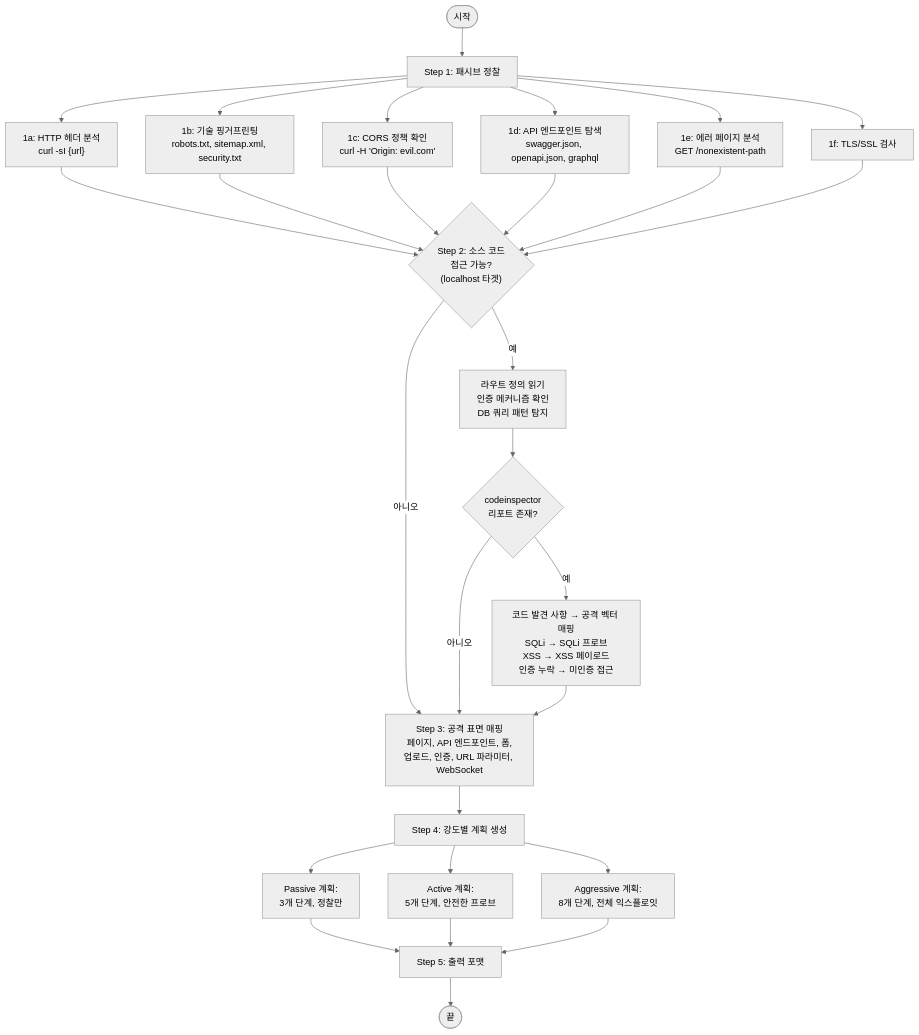
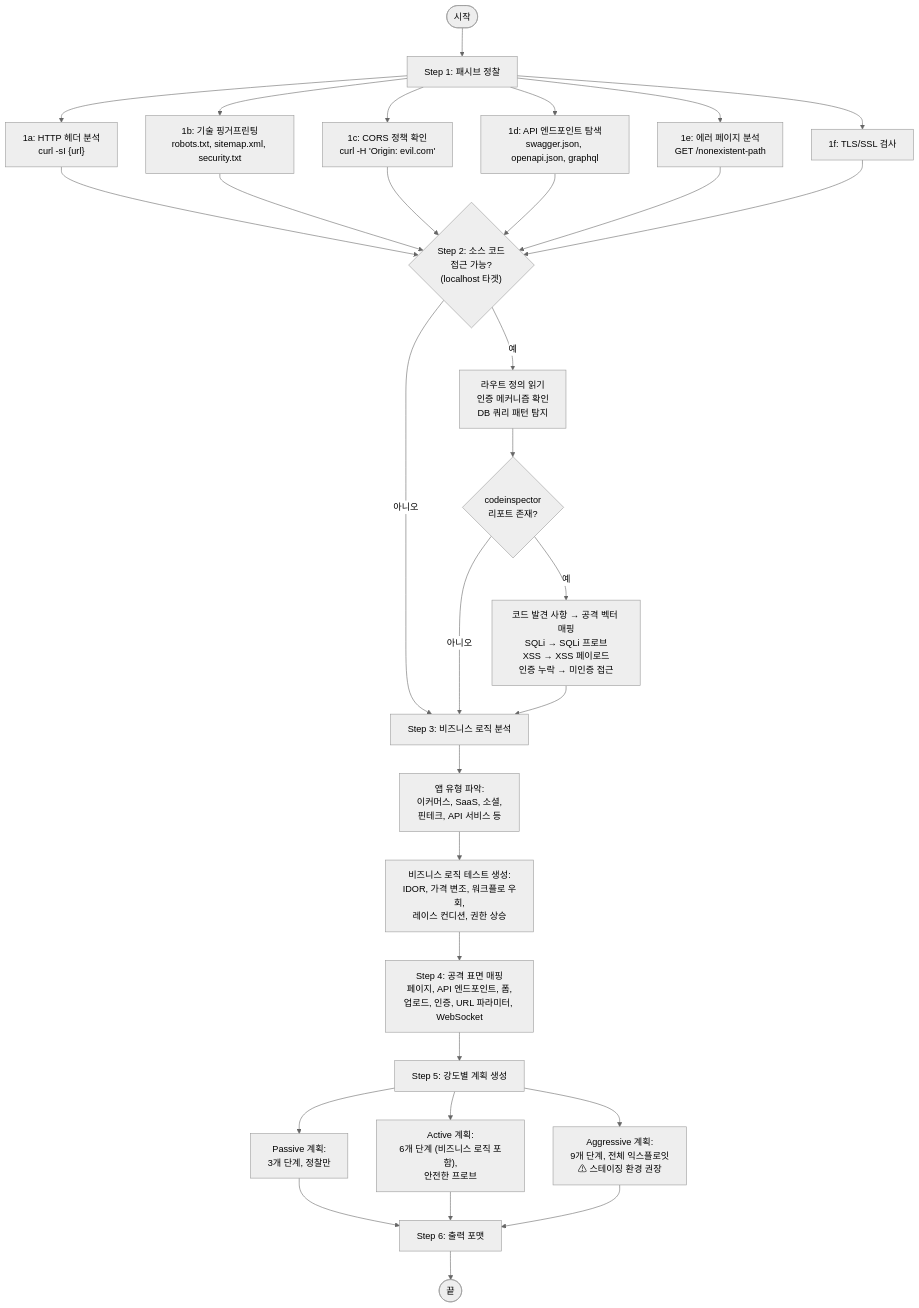
Before and after one commit to letsur-dev/vulcheck: the sixth of 8 diagrams in design/hacksimulator.md, drawn with Mermaid (neutral theme). The commit also changed other lines of this file and 14 other files, not shown here.

````diff
--- a/design/hacksimulator.md
+++ b/design/hacksimulator.md
@@ -194,38 +211,42 @@
 ```mermaid
 flowchart TD
     Start([시작]) --> Recon["Step 1: 패시브 정찰"]
 
     Recon --> Headers["1a: HTTP 헤더 분석<br>curl -sI {url}"]
     Recon --> Fingerprint["1b: 기술 핑거프린팅<br>robots.txt, sitemap.xml, security.txt"]
     Recon --> CORS["1c: CORS 정책 확인<br>curl -H 'Origin: evil.com'"]
     Recon --> API["1d: API 엔드포인트 탐색<br>swagger.json, openapi.json, graphql"]
     Recon --> Errors["1e: 에러 페이지 분석<br>GET /nonexistent-path"]
     Recon --> TLS["1f: TLS/SSL 검사"]
 
     Headers --> SourceRecon
     Fingerprint --> SourceRecon
     CORS --> SourceRecon
     API --> SourceRecon
     Errors --> SourceRecon
     TLS --> SourceRecon
 
     SourceRecon{"Step 2: 소스 코드<br>접근 가능?<br>(localhost 타겟)"}
     SourceRecon -->|예| ReadRoutes["라우트 정의 읽기<br>인증 메커니즘 확인<br>DB 쿼리 패턴 탐지"]
-    SourceRecon -->|아니오| MapSurface
+    SourceRecon -->|아니오| BizLogic
 
     ReadRoutes --> CIReport{"codeinspector<br>리포트 존재?"}
     CIReport -->|예| MapFindings["코드 발견 사항 → 공격 벡터 매핑<br>SQLi → SQLi 프로브<br>XSS → XSS 페이로드<br>인증 누락 → 미인증 접근"]
-    CIReport -->|아니오| MapSurface
+    CIReport -->|아니오| BizLogic
 
-    MapFindings --> MapSurface["Step 3: 공격 표면 매핑<br>페이지, API 엔드포인트, 폼,<br>업로드, 인증, URL 파라미터, WebSocket"]
+    MapFindings --> BizLogic["Step 3: 비즈니스 로직 분석"]
+    BizLogic --> DetectType["앱 유형 파악:<br>이커머스, SaaS, 소셜,<br>핀테크, API 서비스 등"]
+    DetectType --> GenBizTests["비즈니스 로직 테스트 생성:<br>IDOR, 가격 변조, 워크플로 우회,<br>레이스 컨디션, 권한 상승"]
 
-    MapSurface --> GenPlan["Step 4: 강도별 계획 생성"]
+    GenBizTests --> MapSurface["Step 4: 공격 표면 매핑<br>페이지, API 엔드포인트, 폼,<br>업로드, 인증, URL 파라미터, WebSocket"]
+
+    MapSurface --> GenPlan["Step 5: 강도별 계획 생성"]
     GenPlan --> Passive["Passive 계획:<br>3개 단계, 정찰만"]
-    GenPlan --> Active["Active 계획:<br>5개 단계, 안전한 프로브"]
-    GenPlan --> Aggressive["Aggressive 계획:<br>8개 단계, 전체 익스플로잇"]
+    GenPlan --> Active["Active 계획:<br>6개 단계 (비즈니스 로직 포함),<br>안전한 프로브"]
+    GenPlan --> Aggressive["Aggressive 계획:<br>9개 단계, 전체 익스플로잇<br>⚠ 스테이징 환경 권장"]
 
-    Passive --> Output["Step 5: 출력 포맷"]
+    Passive --> Output["Step 6: 출력 포맷"]
     Active --> Output
     Aggressive --> Output
     Output --> End([끝])
 ```
````
